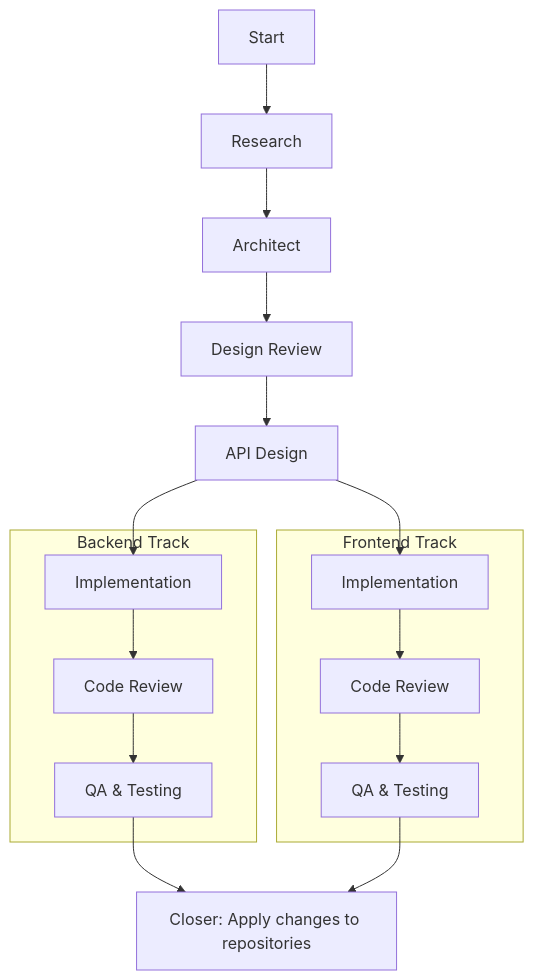
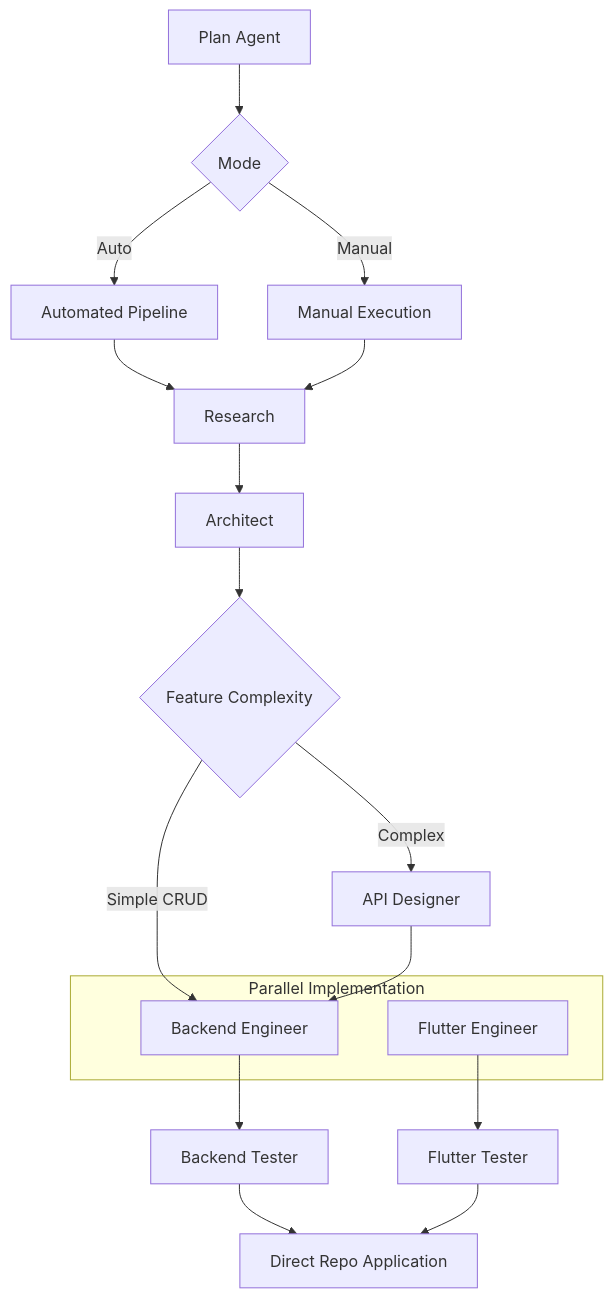
Before and after one commit to atmohamedamer/agents: the diagram in README.md, drawn with Mermaid. The commit also changed other lines of this file and 21 other files, not shown here.

````diff
--- a/README.md
+++ b/README.md
@@ -9,30 +11,28 @@
 ```mermaid
 graph TD
-  %% Agentic SDLC — high-level flow
+  %% Streamlined Agentic SDLC — dual-mode flow
 
-  A[Start] --> B[Research]
-  B --> C[Architect]
-  C --> D[Design Review]
-  D --> E[API Design]
+  A[Plan Agent] --> B{Mode}
+  B -->|Manual| C[Manual Execution]
+  B -->|Auto| D[Automated Pipeline]
 
-  %% Parallel tracks after API Design
-  E --> G1
-  E --> G2
+  D --> E[Research]
+  E --> F[Architect]
+  F --> G{Feature Complexity}
+  G -->|Complex| H[API Designer]
+  G -->|Simple CRUD| I1
+  H --> I1
 
-  subgraph Backend Track
-    G1[Implementation]
-    H1[Code Review]
-    I1[QA & Testing]
-    G1 --> H1 --> I1
+  subgraph Parallel Implementation
+    I1[Backend Engineer]
+    I2[Flutter Engineer]
   end
 
-  subgraph Frontend Track
-    G2[Implementation]
-    H2[Code Review]
-    I2[QA & Testing]
-    G2 --> H2 --> I2
-  end
+  I1 --> J1[Backend Tester]
+  I2 --> J2[Flutter Tester]
 
-  I1 --> J[Closer: Apply changes to repositories]
-  I2 --> J
+  J1 --> K[Direct Repo Application]
+  J2 --> K
+
+  C --> E
 ```
````
